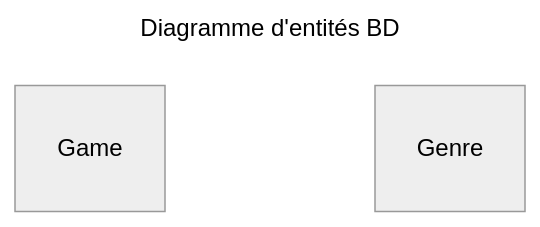
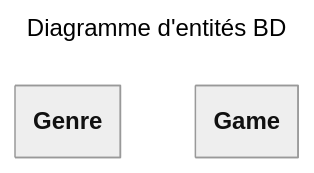
One commit to departement-info-cem/5W5-Web-Avancee changed the second of 6 diagrams in web/docs/03-exercices/05-Relations.mdx. Above: the diagram before and after it, drawn with Mermaid (neutral theme). The commit also changed other lines of this file, not shown here.

Commit message:
Diagrammes

````diff
--- a/web/docs/03-exercices/05-Relations.mdx
+++ b/web/docs/03-exercices/05-Relations.mdx
@@ -104,8 +103,11 @@
-```mermaid
----
-title: Diagramme d'entités BD
----
-erDiagram
-    Game
-    Genre
-```
+                ```mermaid
+                ---
+                title: Diagramme d'entités BD
+                config:
+                    class:
+                        hideEmptyMembersBox: true
+                ---
+                classDiagram
+                    class Genre
+                    class Game
+                ```
````
